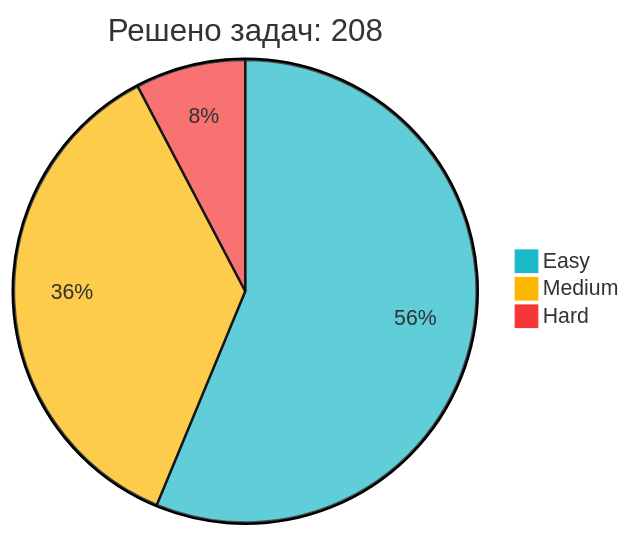
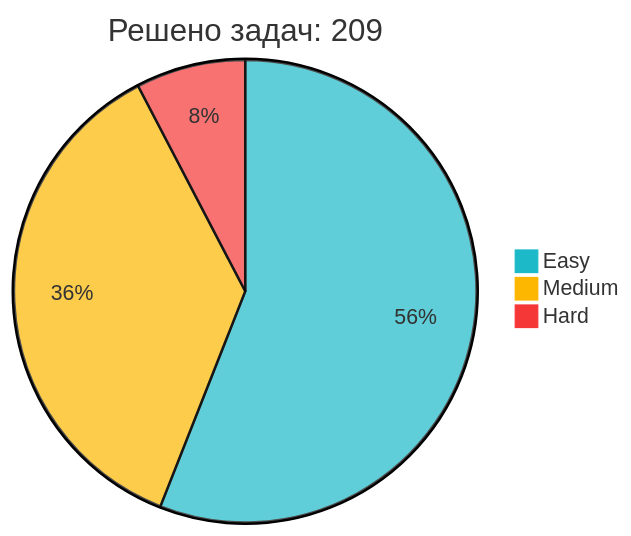
Before and after one commit to IliaKurdukov/IliaKurdukov: the diagram in README.md, drawn with Mermaid. The commit also changed other lines of this file, not shown here.

Commit message:
📈 Обновление статистики LeetCode

````diff
--- a/README.md
+++ b/README.md
@@ -51,7 +51,7 @@
 ```mermaid
 %%{init: {'theme': 'base', 'themeVariables': { 'pie1': '#1CBAC8', 'pie2': '#FEB700', 'pie3': '#F63737' }, 'config': {'width': 300, 'height': 200}}}%%
-pie title Решено задач: 208
+pie title Решено задач: 209
    "Easy" : 117
-   "Medium" : 75
+   "Medium" : 76
    "Hard" : 16
 ```
````
